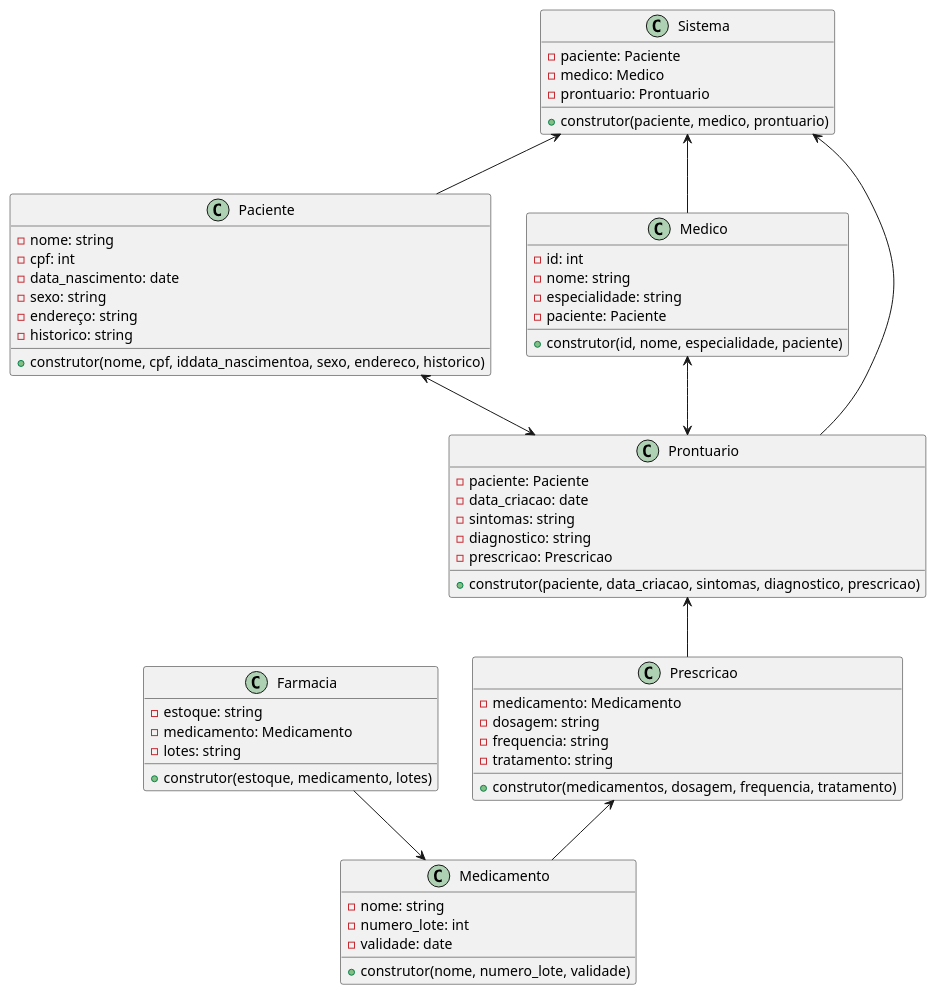
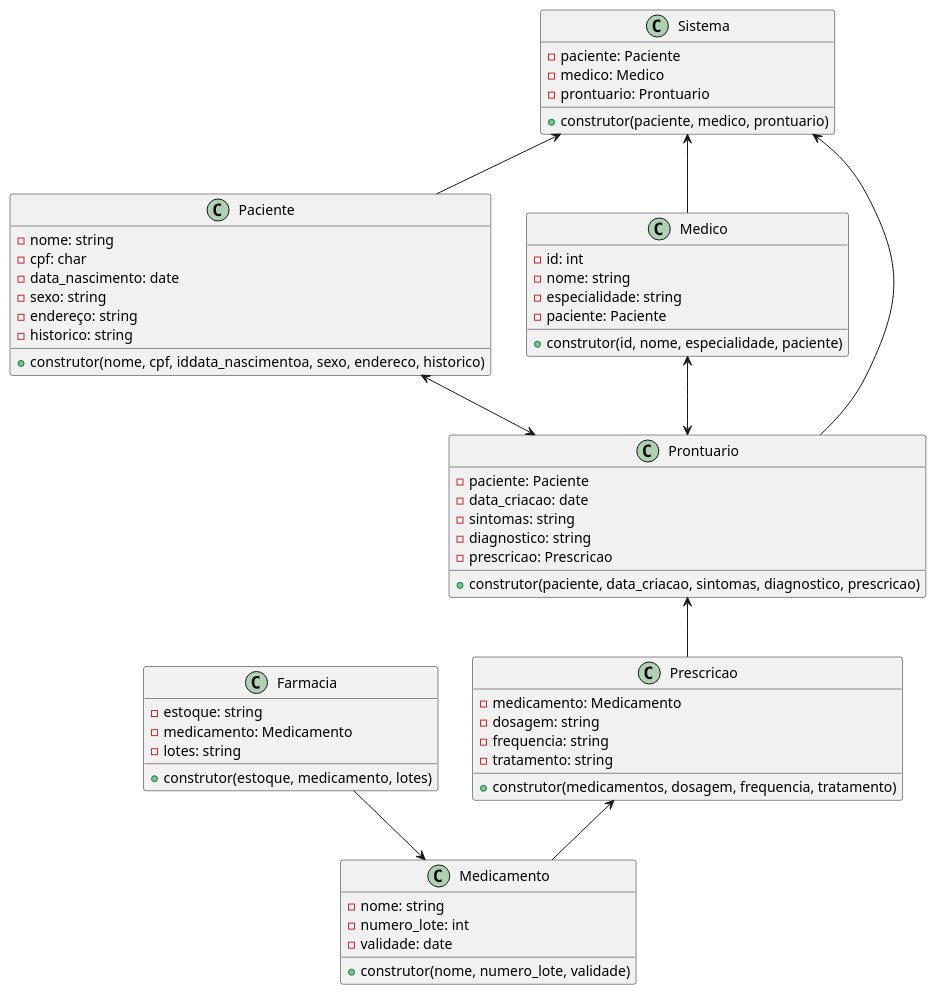
One commit to anleaes/2023-1-N2-POO-06 changed the diagram in diagrama/diagramaClasses.plantuml. Above: the diagram before and after it, drawn with PlantUML. The commit also changed 1 other file, not shown here.

Commit message:
alterando variável do CPF

```diff
--- a/diagrama/diagramaClasses.plantuml
+++ b/diagrama/diagramaClasses.plantuml
@@ -1,72 +1,72 @@
 @startuml prontuarioapp
 
 class Paciente {
   - nome: string
-  - cpf: int
+  - cpf: char
   - data_nascimento: date
   - sexo: string
   - endereço: string
   - historico: string
   + construtor(nome, cpf, iddata_nascimentoa, sexo, endereco, historico)
 }
 
 class Medico {
   - id: int
   - nome: string
   - especialidade: string
   - paciente: Paciente
   + construtor(id, nome, especialidade, paciente)
 }
 
 class Medicamento {
   - nome: string
   - numero_lote: int
   - validade: date
   + construtor(nome, numero_lote, validade)
 }
 
 
 class Prescricao {
   - medicamento: Medicamento
   - dosagem: string
   - frequencia: string
   - tratamento: string
   + construtor(medicamentos, dosagem, frequencia, tratamento)
 }
 
 class Prontuario {
   - paciente: Paciente
   - data_criacao: date
   - sintomas: string
   - diagnostico: string
   - prescricao: Prescricao
   + construtor(paciente, data_criacao, sintomas, diagnostico, prescricao)
 }
 
 
 class Farmacia {
   - estoque: string
   - medicamento: Medicamento
   - lotes: string
   + construtor(estoque, medicamento, lotes)
 }
 
 
 class Sistema {
   - paciente: Paciente
   - medico: Medico
   - prontuario: Prontuario
   + construtor(paciente, medico, prontuario)
 }
 
 
 Paciente <--> Prontuario
 Medico <--> Prontuario
 Prontuario <-- Prescricao
 Prescricao <-- Medicamento
 Farmacia --> Medicamento
 Sistema <-- Paciente
 Sistema <-- Medico
 Sistema <-- Prontuario
 
 @enduml
```
